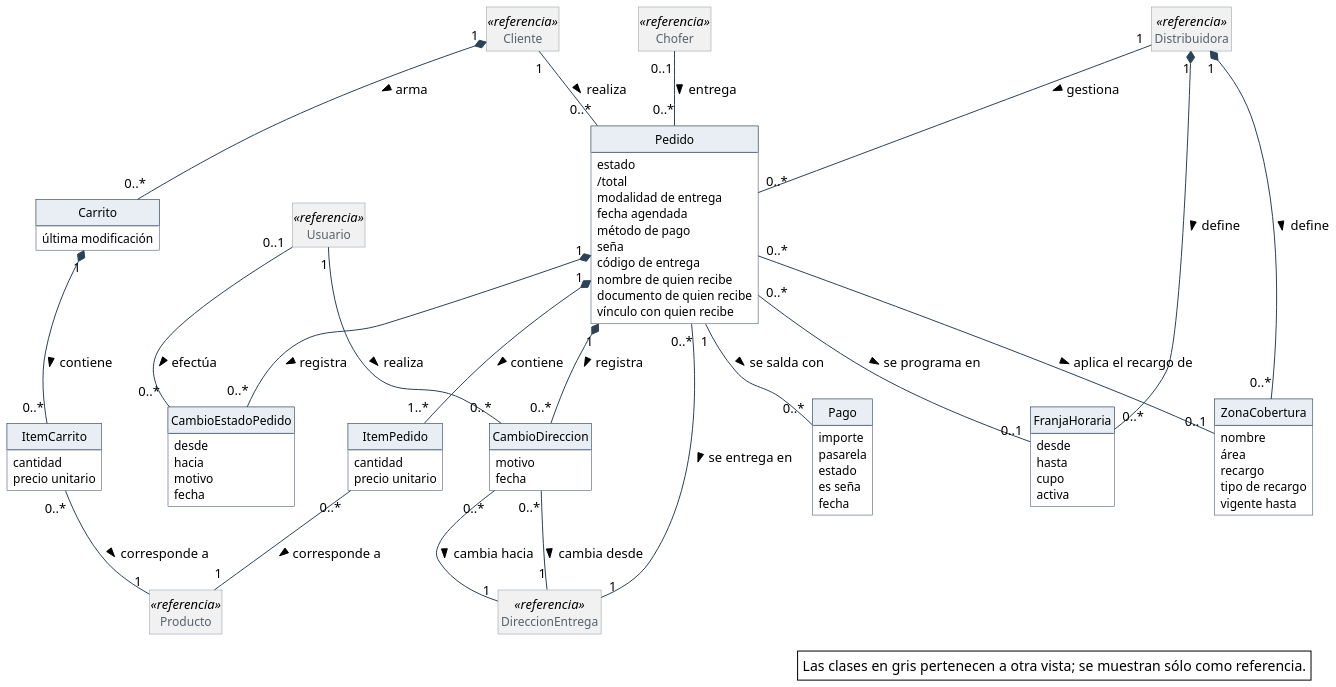
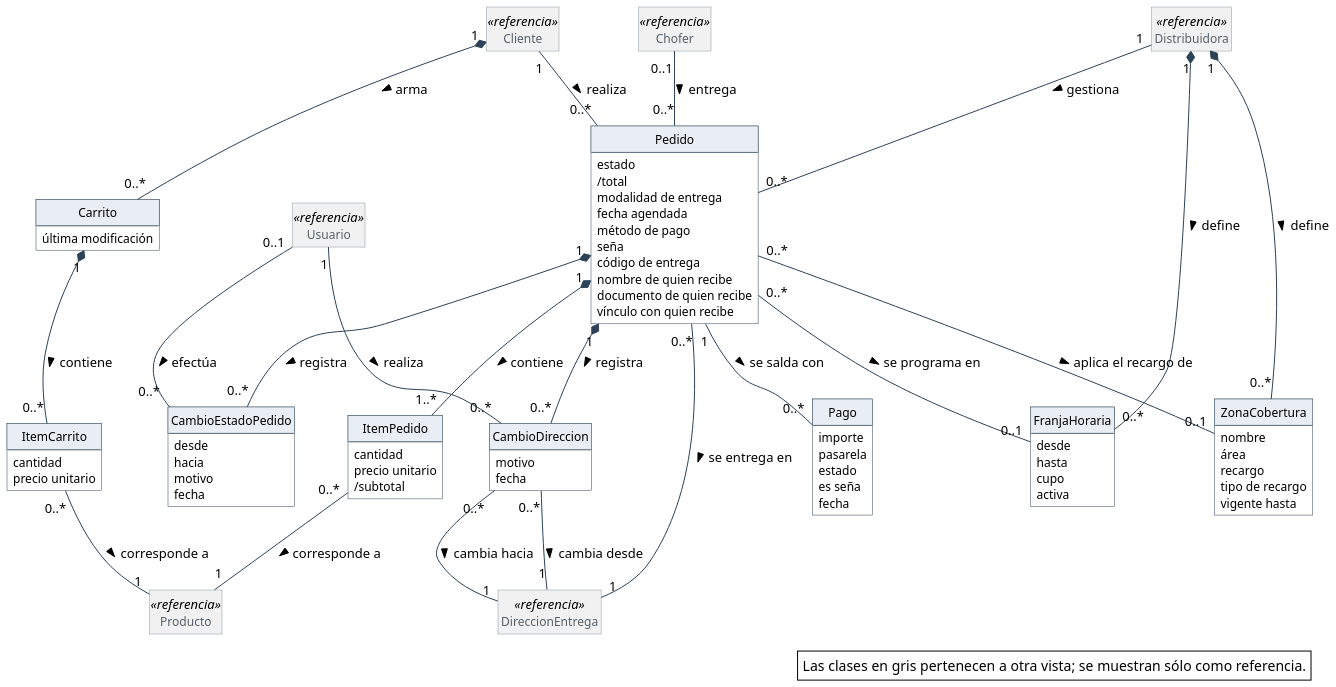
Before and after one commit to Nahuelito-Dev/splg-docs: the diagram in diagramas/modelo-conceptual/MC_Pedidos.puml, drawn with PlantUML. The commit also changed 19 other files, not shown here.

```diff
--- a/diagramas/modelo-conceptual/MC_Pedidos.puml
+++ b/diagramas/modelo-conceptual/MC_Pedidos.puml
@@ -1,123 +1,124 @@
 @startuml
 skinparam backgroundColor #FFFFFF
 skinparam shadowing false
 skinparam defaultFontName Helvetica
 skinparam defaultFontSize 13
 skinparam dpi 150
 skinparam nodesep 40
 skinparam ranksep 55
 skinparam classAttributeIconSize 0
 skinparam roundCorner 0
 skinparam class {
   BorderColor #2C4257
   BackgroundColor #FFFFFF
   ArrowColor #2C4257
   FontSize 14
   AttributeFontSize 12
   HeaderBackgroundColor #E8EEF3
 }
 skinparam class<<referencia>> {
   BackgroundColor #F1F1F1
   BorderColor #8A97A3
   FontColor #55616C
 }
 skinparam note {
   BackgroundColor #FFFFFF
   BorderColor #2C4257
 }
 skinparam packageStyle rectangle
 skinparam package {
   BorderColor #8A97A3
   FontSize 13
   FontColor #55616C
 }
 hide circle
 hide methods
 hide empty members
 
 class Pedido {
   estado
   /total
   modalidad de entrega
   fecha agendada
   método de pago
   seña
   código de entrega
   nombre de quien recibe
   documento de quien recibe
   vínculo con quien recibe
 }
 class ItemPedido {
   cantidad
   precio unitario
+  /subtotal
 }
 class Carrito {
   última modificación
 }
 class ItemCarrito {
   cantidad
   precio unitario
 }
 class CambioEstadoPedido {
   desde
   hacia
   motivo
   fecha
 }
 class CambioDireccion {
   motivo
   fecha
 }
 class ZonaCobertura {
   nombre
   área
   recargo
   tipo de recargo
   vigente hasta
 }
 class FranjaHoraria {
   desde
   hasta
   cupo
   activa
 }
 class Pago {
   importe
   pasarela
   estado
   es seña
   fecha
 }
 class Cliente <<referencia>>
 class Chofer <<referencia>>
 class Producto <<referencia>>
 class DireccionEntrega <<referencia>>
 class Usuario <<referencia>>
 class Distribuidora <<referencia>>
 
 
 Distribuidora "1" -- "0..*" Pedido : gestiona >
 Distribuidora "1" *-- "0..*" ZonaCobertura : define >
 Distribuidora "1" *-- "0..*" FranjaHoraria : define >
 Cliente "1" -- "0..*" Pedido : realiza >
 Cliente "1" *-- "0..*" Carrito : arma >
 Carrito "1" *-- "0..*" ItemCarrito : contiene >
 ItemCarrito "0..*" -- "1" Producto : corresponde a >
 Pedido "1" *-- "1..*" ItemPedido : contiene >
 ItemPedido "0..*" -- "1" Producto : corresponde a >
 Pedido "0..*" -- "1" DireccionEntrega : se entrega en >
 Pedido "0..*" -- "0..1" FranjaHoraria : se programa en >
 Pedido "0..*" -- "0..1" ZonaCobertura : aplica el recargo de >
 Pedido "1" *-- "0..*" CambioEstadoPedido : registra >
 Usuario "0..1" -- "0..*" CambioEstadoPedido : efectúa >
 Pedido "1" *-- "0..*" CambioDireccion : registra >
 CambioDireccion "0..*" -- "1" DireccionEntrega : cambia desde >
 CambioDireccion "0..*" -- "1" DireccionEntrega : cambia hacia >
 Usuario "1" -- "0..*" CambioDireccion : realiza >
 Chofer "0..1" -- "0..*" Pedido : entrega >
 Pedido "1" -- "0..*" Pago : se salda con >
 
 legend bottom right
   Las clases en gris pertenecen a otra vista; se muestran sólo como referencia.
 endlegend
 @enduml
```
